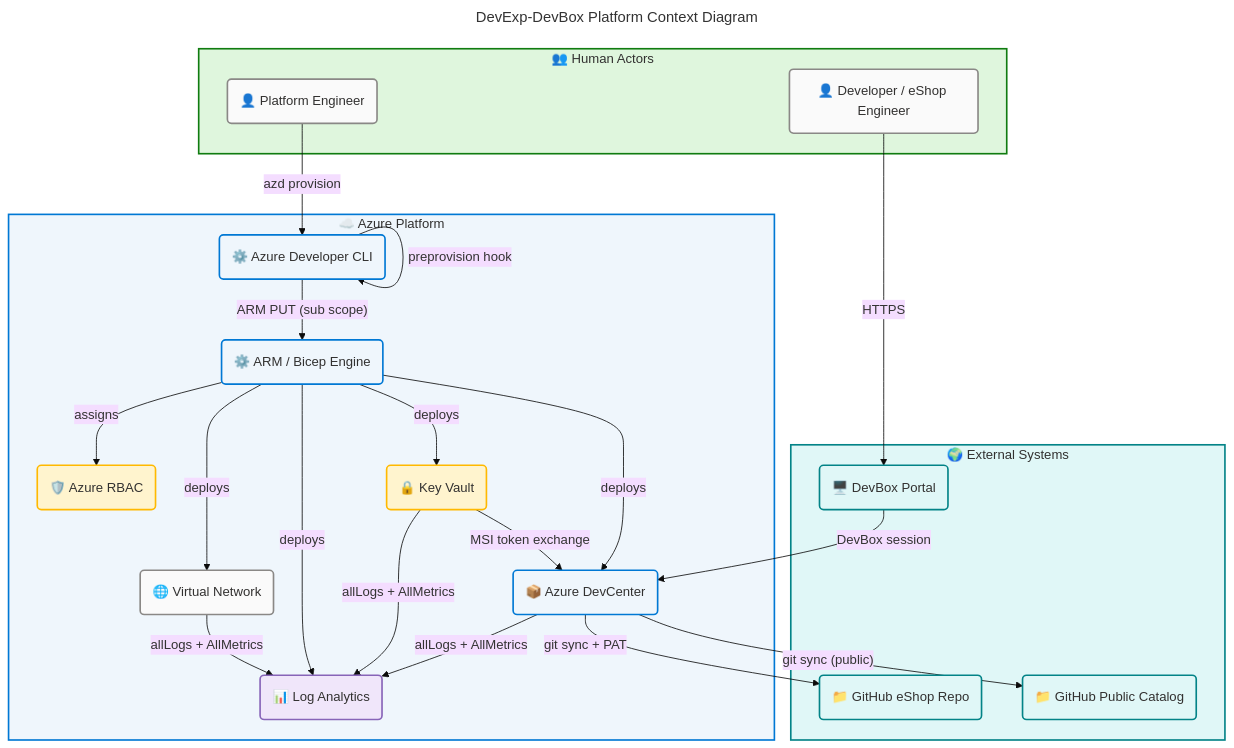
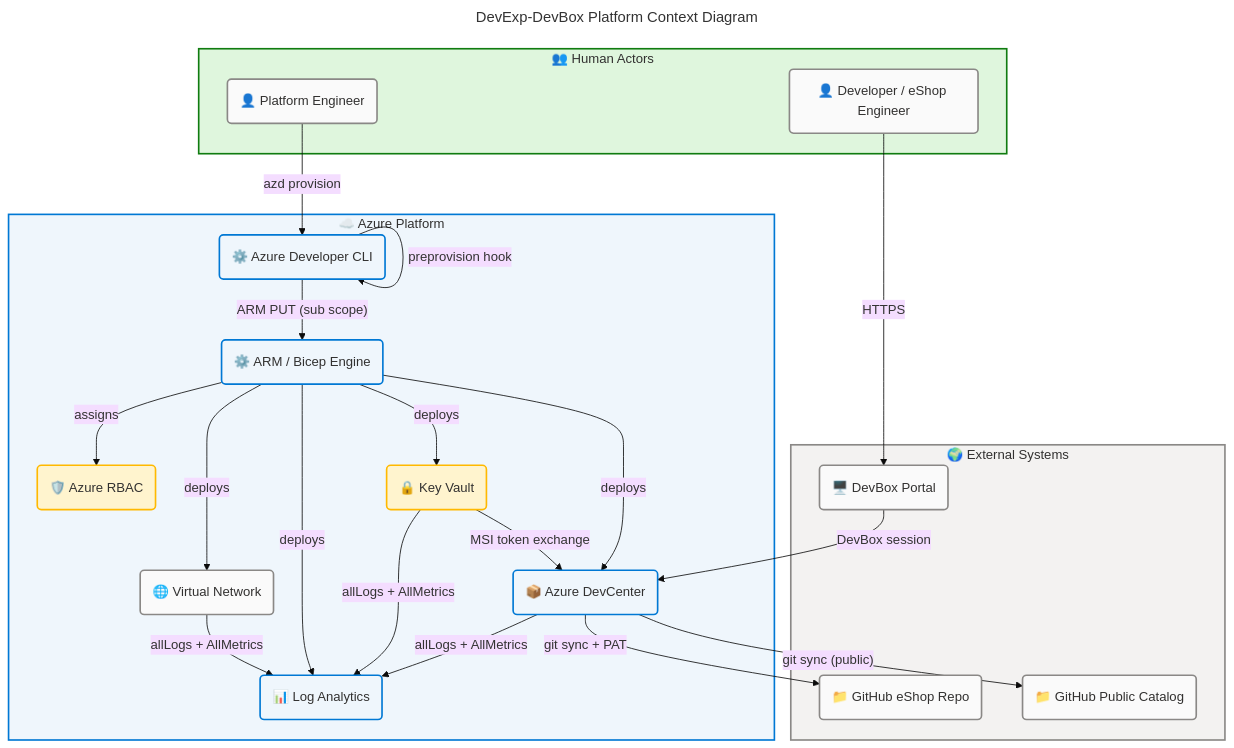
The first of 7 diagrams in docs/architecture/application-architecture.md (Evilazaro/DevExp-DevBox), drawn with Mermaid before and after one commit. The commit also changed other lines of this file, not shown here.

Commit message:
refactor: Update Mermaid diagram styles for improved visual consistency in application architecture documentation

````diff
--- a/docs/architecture/application-architecture.md
+++ b/docs/architecture/application-architecture.md
@@ -86,75 +86,73 @@
 ```mermaid
 ---
 title: "DevExp-DevBox Platform Context Diagram"
 config:
   theme: base
   look: classic
   layout: dagre
   themeVariables:
     fontSize: '16px'
   flowchart:
     htmlLabels: true
 ---
 flowchart TB
     accTitle: DevExp-DevBox Platform Context Diagram
     accDescr: C4-style context diagram showing platform actors, Azure services, and external systems
 
 %% ═══════════════════════════════════════════════════════════════════════════
 %% AZURE / FLUENT ARCHITECTURE PATTERN v1.1
 %% (Semantic + Structural + Font + Accessibility Governance)
 %% ═══════════════════════════════════════════════════════════════════════════
 %% PHASE 1 - FLUENT UI: All styling uses approved Fluent UI palette only
 %% PHASE 2 - GROUPS: Every subgraph has semantic color via style directive
 %% PHASE 3 - COMPONENTS: Every node has semantic classDef + icon prefix
 %% PHASE 4 - ACCESSIBILITY: accTitle/accDescr present, WCAG AA contrast
 %% PHASE 5 - STANDARD: Governance block present, classDefs centralized
 %% ═══════════════════════════════════════════════════════════════════════════
 
     subgraph Actors["👥 Human Actors"]
         PlatEng("👤 Platform Engineer"):::neutral
         DevEng("👤 Developer / eShop Engineer"):::neutral
     end
 
     subgraph AzurePlatform["☁️ Azure Platform"]
         AZDtool("⚙️ Azure Developer CLI"):::core
         ARMeng("⚙️ ARM / Bicep Engine"):::core
         DCsvc("📦 Azure DevCenter"):::core
         KVsvc("🔒 Key Vault"):::warning
-        LAsvc("📊 Log Analytics"):::data
+        LAsvc("📊 Log Analytics"):::core
         VNetsvc("🌐 Virtual Network"):::neutral
         RBACsvc("🛡️ Azure RBAC"):::warning
     end
 
     subgraph ExtSystems["🌍 External Systems"]
-        GHPub("📁 GitHub Public Catalog"):::external
-        GHPriv("📁 GitHub eShop Repo"):::external
-        DevPortal("🖥️ DevBox Portal"):::external
+        GHPub("📁 GitHub Public Catalog"):::neutral
+        GHPriv("📁 GitHub eShop Repo"):::neutral
+        DevPortal("🖥️ DevBox Portal"):::neutral
     end
 
     PlatEng -->|"azd provision"| AZDtool
     AZDtool -->|"preprovision hook"| AZDtool
     AZDtool -->|"ARM PUT (sub scope)"| ARMeng
     ARMeng -->|"deploys"| DCsvc
     ARMeng -->|"deploys"| KVsvc
     ARMeng -->|"deploys"| LAsvc
     ARMeng -->|"deploys"| VNetsvc
     ARMeng -->|"assigns"| RBACsvc
     DCsvc -->|"git sync (public)"| GHPub
     DCsvc -->|"git sync + PAT"| GHPriv
     KVsvc -->|"MSI token exchange"| DCsvc
     DCsvc -->|"allLogs + AllMetrics"| LAsvc
     KVsvc -->|"allLogs + AllMetrics"| LAsvc
     VNetsvc -->|"allLogs + AllMetrics"| LAsvc
     DevEng -->|"HTTPS"| DevPortal
     DevPortal -->|"DevBox session"| DCsvc
 
     style Actors fill:#DFF6DD,stroke:#107C10,stroke-width:2px,color:#323130
     style AzurePlatform fill:#EFF6FC,stroke:#0078D4,stroke-width:2px,color:#323130
-    style ExtSystems fill:#E0F7F7,stroke:#038387,stroke-width:2px,color:#323130
+    style ExtSystems fill:#F3F2F1,stroke:#8A8886,stroke-width:2px,color:#323130
 
     classDef neutral fill:#FAFAFA,stroke:#8A8886,stroke-width:2px,color:#323130
     classDef core fill:#EFF6FC,stroke:#0078D4,stroke-width:2px,color:#323130
     classDef warning fill:#FFF4CE,stroke:#FFB900,stroke-width:2px,color:#323130
-    classDef data fill:#F0E6FA,stroke:#8764B8,stroke-width:2px,color:#323130
-    classDef external fill:#E0F7F7,stroke:#038387,stroke-width:2px,color:#323130
 ```
````
